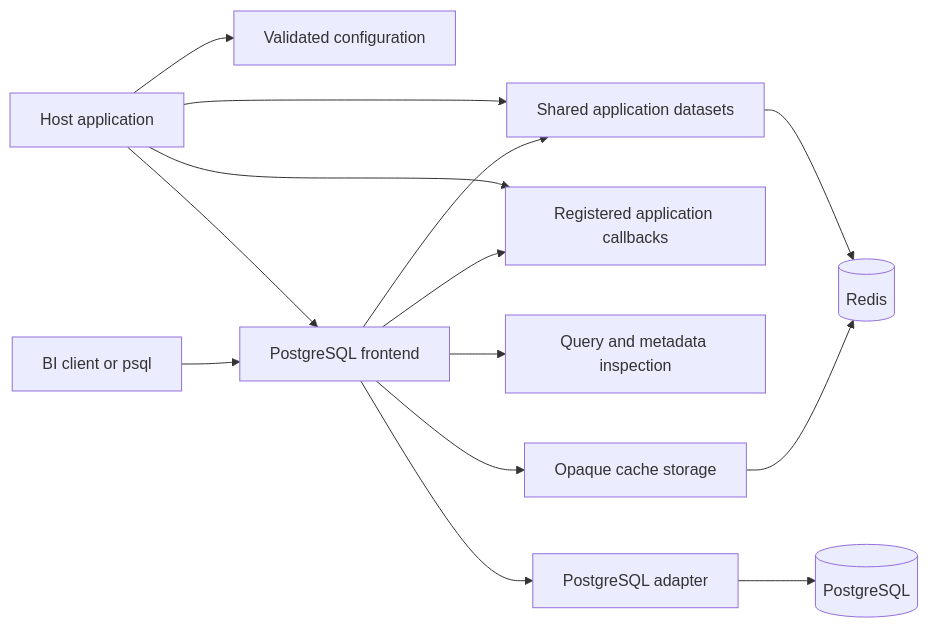
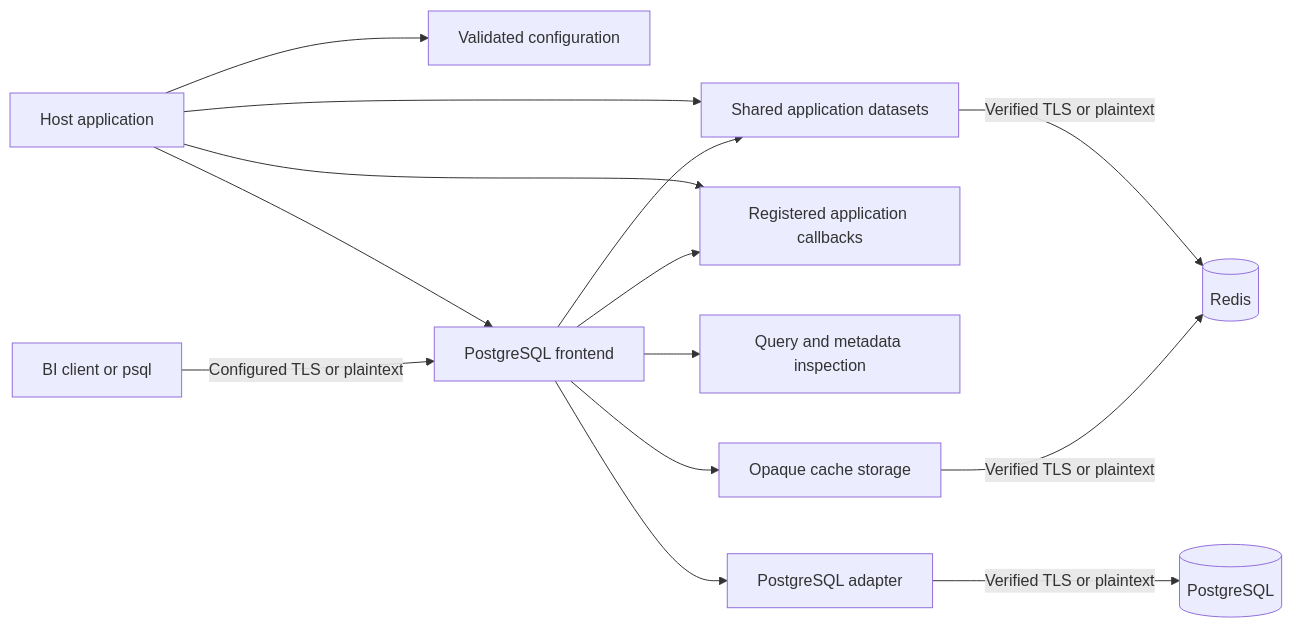
The first of 4 diagrams in docs/architecture.md (AbhiSinha08/yasp-analytics-proxy), drawn with Mermaid before and after one commit. The commit also changed other lines of this file and 36 other files, not shown here.

````diff
--- a/docs/architecture.md
+++ b/docs/architecture.md
@@ -23,16 +24,16 @@
 ```mermaid
 flowchart LR
     Host[Host application] --> Config[Validated configuration]
     Host --> Datasets[Shared application datasets]
     Host --> Gateway[PostgreSQL frontend]
     Host --> Hooks[Registered application callbacks]
-    Client[BI client or psql] --> Gateway
+    Client[BI client or psql] -->|Configured TLS or plaintext| Gateway
     Gateway --> SQL[Query and metadata inspection]
     Gateway --> Hooks
     Gateway --> Datasets
     Gateway --> Adapter[PostgreSQL adapter]
     Gateway --> Cache[Opaque cache storage]
-    Datasets --> Redis[(Redis)]
-    Adapter --> PG[(PostgreSQL)]
-    Cache --> Redis
+    Datasets -->|Verified TLS or plaintext| Redis[(Redis)]
+    Adapter -->|Verified TLS or plaintext| PG[(PostgreSQL)]
+    Cache -->|Verified TLS or plaintext| Redis
 ```
````
